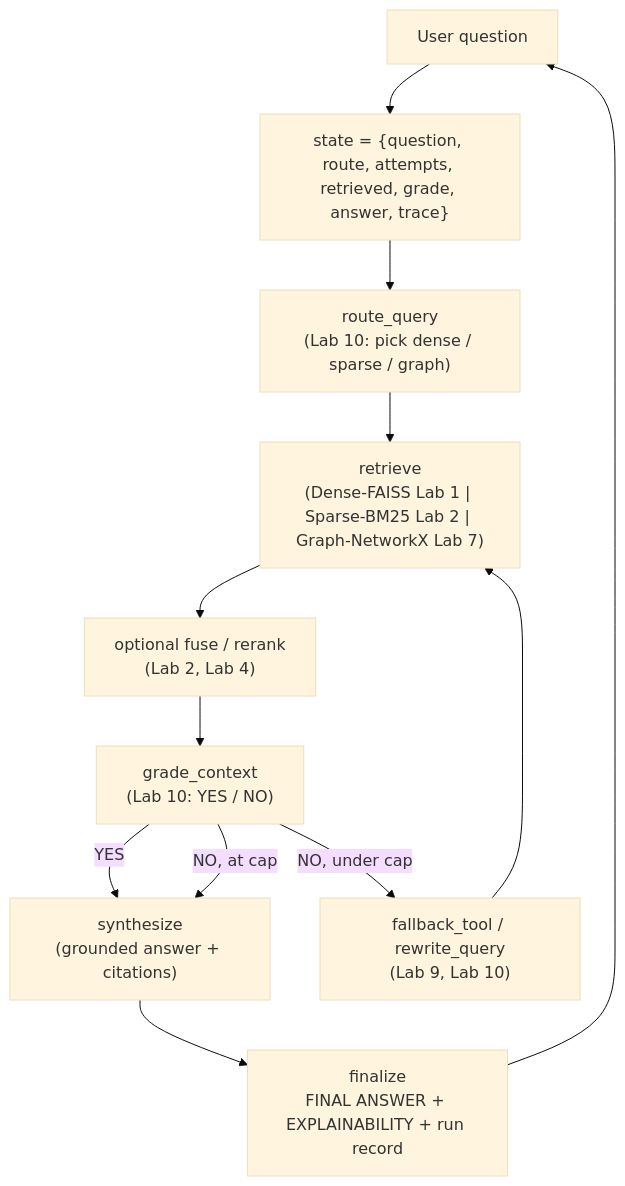
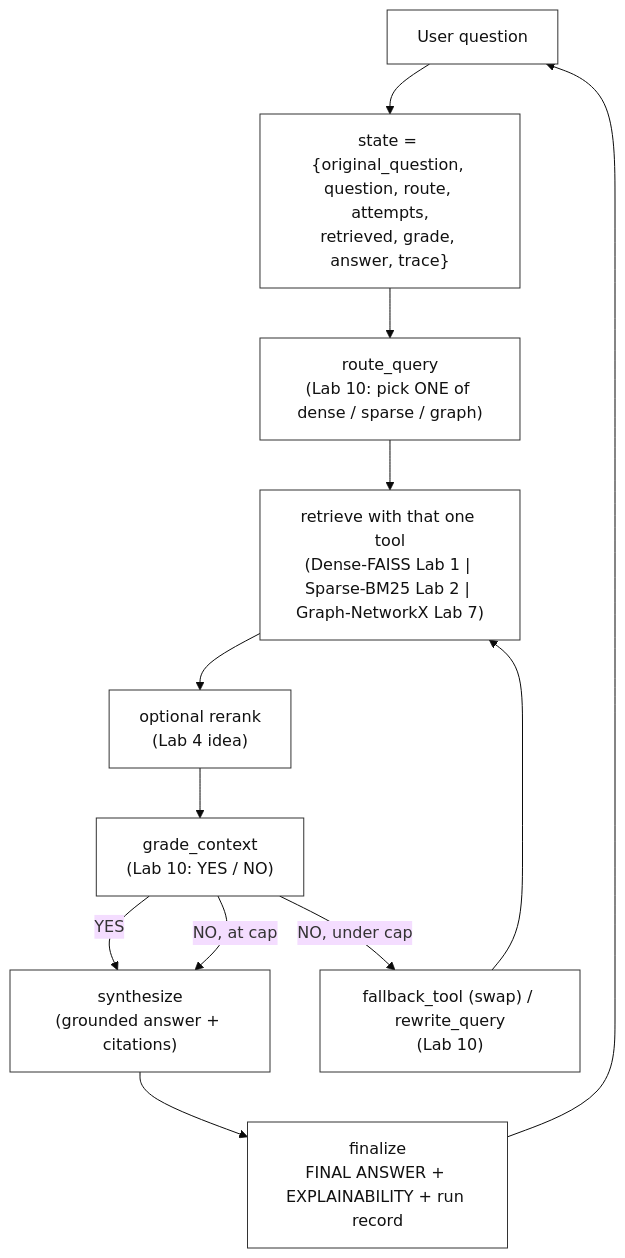
The first of 4 diagrams in RAG-Labs/section-7-capstone/lab-11-agentic-research-assistant/00-overview-architecture.md (CogKnowEdge-Solutions/Context-Memory-Layer), drawn with Mermaid (base theme) before and after one commit. The commit also changed other lines of this file and 80 other files, not shown here.

First line of the commit message:
feat(RAG-Labs): add assignment answer keys, course quiz, and env setup guide; refresh lab content

````diff
--- a/RAG-Labs/section-7-capstone/lab-11-agentic-research-assistant/00-overview-architecture.md
+++ b/RAG-Labs/section-7-capstone/lab-11-agentic-research-assistant/00-overview-architecture.md
@@ -125,14 +162,17 @@
 ```mermaid
 flowchart TD
-    U["User question"] --> ST["state = {question, route, attempts, retrieved, grade, answer, trace}"]
-    ST --> R["route_query<br/>(Lab 10: pick dense / sparse / graph)"]
-    R --> T["retrieve<br/>(Dense-FAISS Lab 1 | Sparse-BM25 Lab 2 | Graph-NetworkX Lab 7)"]
-    T --> F["optional fuse / rerank<br/>(Lab 2, Lab 4)"]
+    U["User question"] --> ST["state = {original_question, question, route, attempts,<br/>retrieved, grade, answer, trace}"]
+    ST --> R["route_query<br/>(Lab 10: pick ONE of dense / sparse / graph)"]
+    R --> T["retrieve with that one tool<br/>(Dense-FAISS Lab 1 | Sparse-BM25 Lab 2 | Graph-NetworkX Lab 7)"]
+    T --> F["optional rerank<br/>(Lab 4 idea)"]
     F --> G["grade_context<br/>(Lab 10: YES / NO)"]
     G -->|YES| S["synthesize<br/>(grounded answer + citations)"]
-    G -->|"NO, under cap"| FB["fallback_tool / rewrite_query<br/>(Lab 9, Lab 10)"]
+    G -->|"NO, under cap"| FB["fallback_tool (swap) / rewrite_query<br/>(Lab 10)"]
     FB --> T
     G -->|"NO, at cap"| S
     S --> E["finalize<br/>FINAL ANSWER + EXPLAINABILITY + run record"]
     E --> U
+
+    classDef defaultStyle fill:#ffffff,stroke:#333333,stroke-width:1px,color:#111111
+    class U,ST,R,T,F,G,S,FB,E defaultStyle
 ```
````
